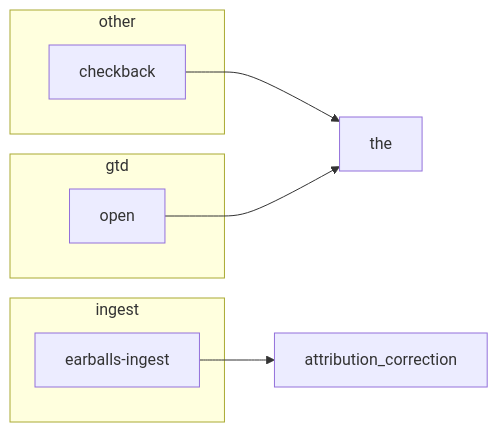
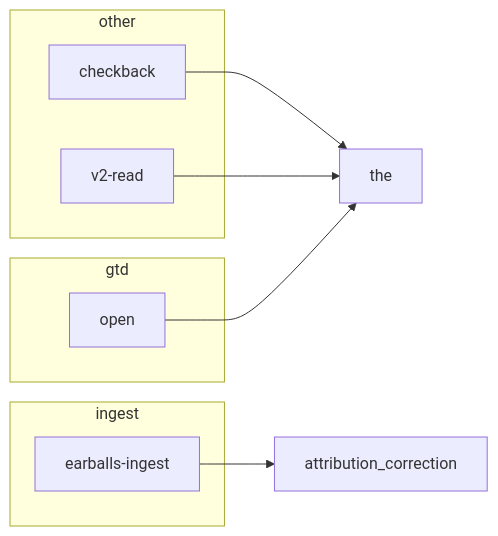
One commit to gordonium/sancho changed the third of 4 diagrams in MAP.md. Above: the diagram before and after it, drawn with Mermaid. The commit also changed other lines of this file and 183 other files, not shown here.

````diff
--- a/MAP.md
+++ b/MAP.md
@@ -64,15 +64,17 @@
 ```mermaid
 flowchart LR
   subgraph gtd
     open[open]
   end
   subgraph ingest
     earballs_ingest[earballs-ingest]
   end
   subgraph other
     checkback[checkback]
+    v2_read[v2-read]
   end
   checkback --> the
   earballs_ingest --> attribution_correction
   open --> the
+  v2_read --> the
 ```
````
